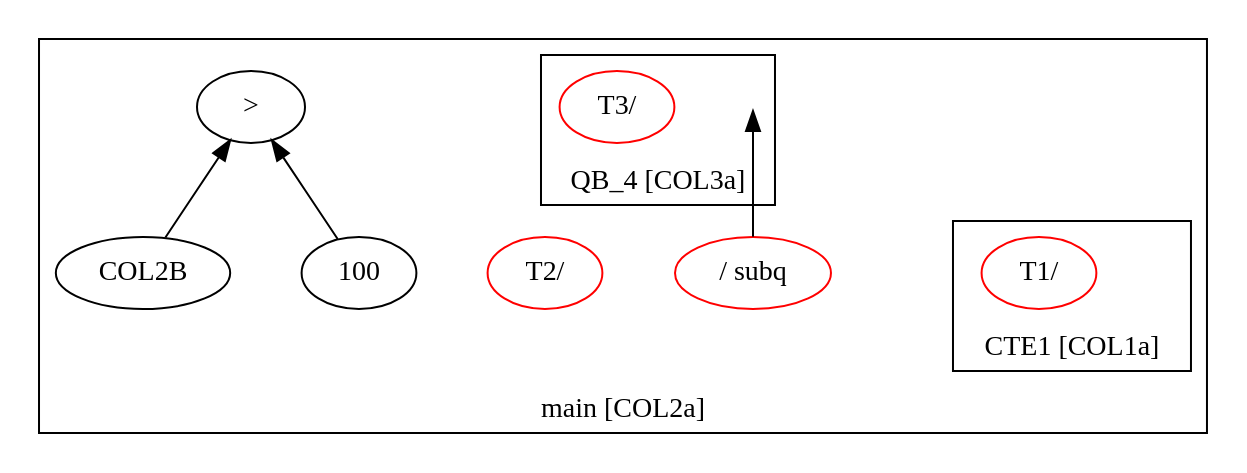
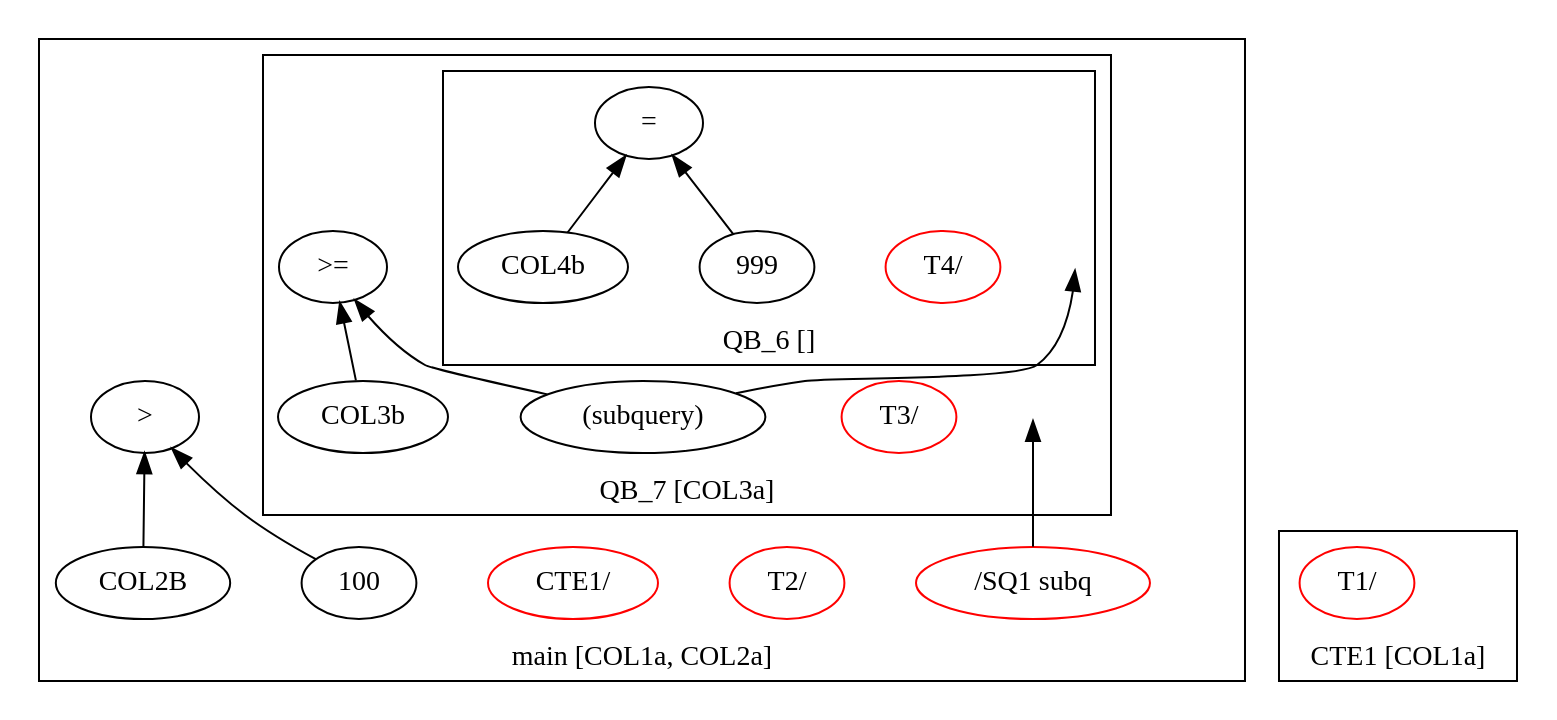
Before and after one commit to adarshpannu/kona: the diagram in qgm.dot, drawn with Graphviz. The commit also changed 4 other files, not shown here.

```diff
--- a/qgm.dot
+++ b/qgm.dot
@@ -1,27 +1,44 @@
 digraph example1 {
     rankdir=BT;
     nodesep=0.5;
     ordering="in";
   subgraph cluster_main {
-    label = "main [COL2a]";
+    label = "main [COL1a, COL2a]";
     "main_pt"[shape=point, color=white];
-    "QUN_5"[label="/ subq", color=red]
-    "QUN_5" -> "QB_4_pt";
-  subgraph cluster_QB_4 {
-    label = "QB_4 [COL3a]";
-    "QB_4_pt"[shape=point, color=white];
-    "QUN_3"[label="T3/ ", color=red]
+    "QUN_8"[label="/SQ1 subq", color=red]
+    "QUN_8" -> "QB_7_pt";
+  subgraph cluster_QB_7 {
+    label = "QB_7 [COL3a]";
+    "QB_7_pt"[shape=point, color=white];
+    "QUN_4"[label="T3/ ", color=red]
+    exprnode0x7fd0ee40e858[label=">="];
+    exprnode0x7fd0ee405578 -> exprnode0x7fd0ee40e858;
+    exprnode0x7fd0ee40e808 -> exprnode0x7fd0ee40e858;
+    exprnode0x7fd0ee405578[label="COL3b"];
+    exprnode0x7fd0ee40e808[label="(subquery)"];
+    exprnode0x7fd0ee40e808 -> "QB_6_pt";
+  subgraph cluster_QB_6 {
+    label = "QB_6 []";
+    "QB_6_pt"[shape=point, color=white];
+    "QUN_5"[label="T4/ ", color=red]
+    exprnode0x7fd0ee40e708[label="="];
+    exprnode0x7fd0ee406338 -> exprnode0x7fd0ee40e708;
+    exprnode0x7fd0ee40e6b8 -> exprnode0x7fd0ee40e708;
+    exprnode0x7fd0ee406338[label="COL4b"];
+    exprnode0x7fd0ee40e6b8[label="999"];
 }
-    "QUN_2"[label="T2/ ", color=red]
-    exprnode0x7feed3e09738[label=">"];
-    exprnode0x7feed3e055b8 -> exprnode0x7feed3e09738;
-    exprnode0x7feed3e096e8 -> exprnode0x7feed3e09738;
-    exprnode0x7feed3e055b8[label="COL2B"];
-    exprnode0x7feed3e096e8[label="100"];
+}
+    "QUN_3"[label="T2/ ", color=red]
+    "QUN_2"[label="CTE1/ ", color=red]
+    exprnode0x7fd0ee40ee88[label=">"];
+    exprnode0x7fd0ee40e9d8 -> exprnode0x7fd0ee40ee88;
+    exprnode0x7fd0ee40ee38 -> exprnode0x7fd0ee40ee88;
+    exprnode0x7fd0ee40e9d8[label="COL2B"];
+    exprnode0x7fd0ee40ee38[label="100"];
+}
   subgraph cluster_CTE1 {
     label = "CTE1 [COL1a]";
     "CTE1_pt"[shape=point, color=white];
     "QUN_0"[label="T1/ ", color=red]
 }
 }
-}
```
